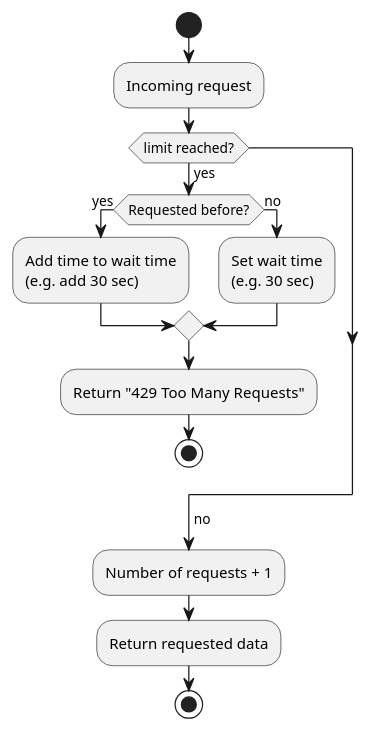
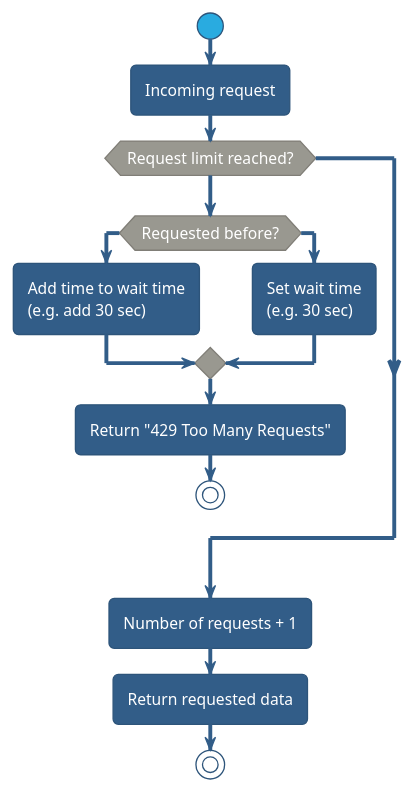
One commit to jacobduijzer/ResilienceWithPollyDemo changed the diagram in design/ratelimit.pu. Above: the diagram before and after it, drawn with PlantUML. The commit also changed 3 other files, not shown here.

```diff
--- a/design/ratelimit.pu
+++ b/design/ratelimit.pu
@@ -1,20 +1,22 @@
 @startuml
+
+!theme sandstone
 
 start
 
 :Incoming request;
-if (limit reached?) then (yes)
+if (Request limit reached?) then (yes)
 	if (Requested before?) then (yes)
 		:Add time to wait time\n(e.g. add 30 sec);
 	else (no)
 		:Set wait time\n(e.g. 30 sec);
 	endif
 	:Return "429 Too Many Requests";
 	stop
 endif
 ->no;
 :Number of requests + 1;
 :Return requested data;
 stop
 
 @enduml
```
